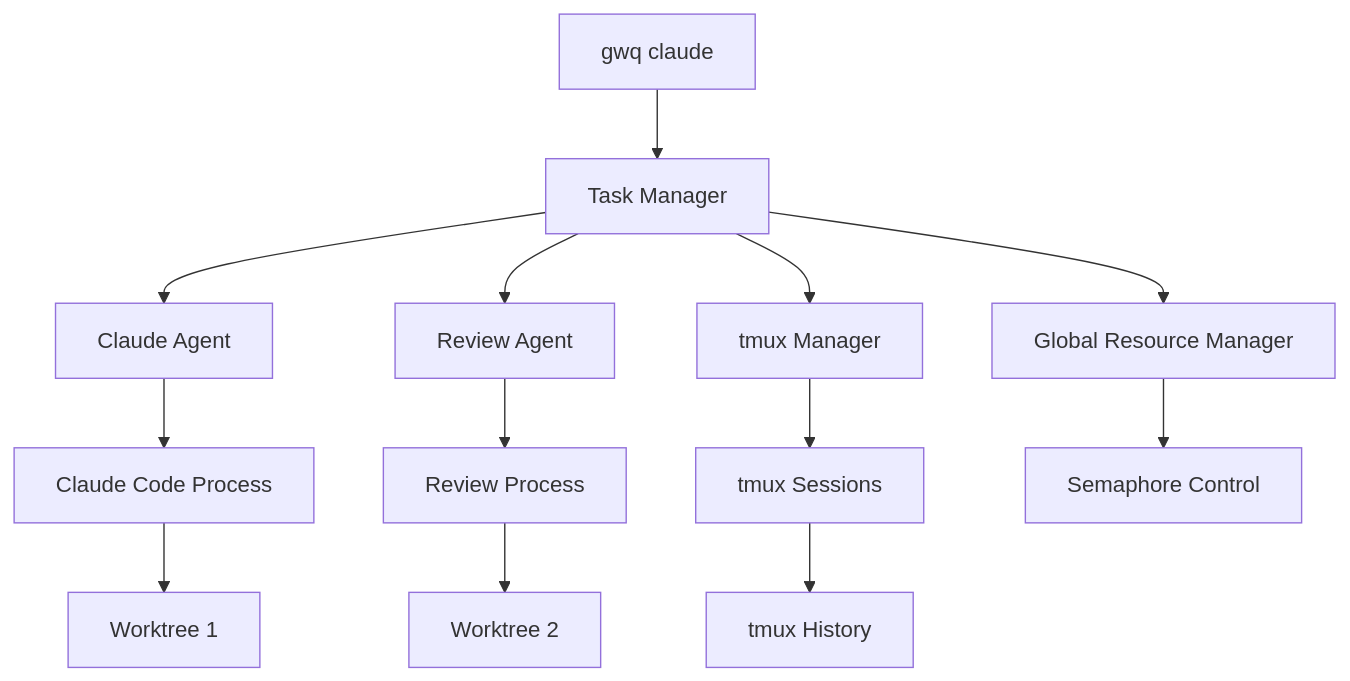
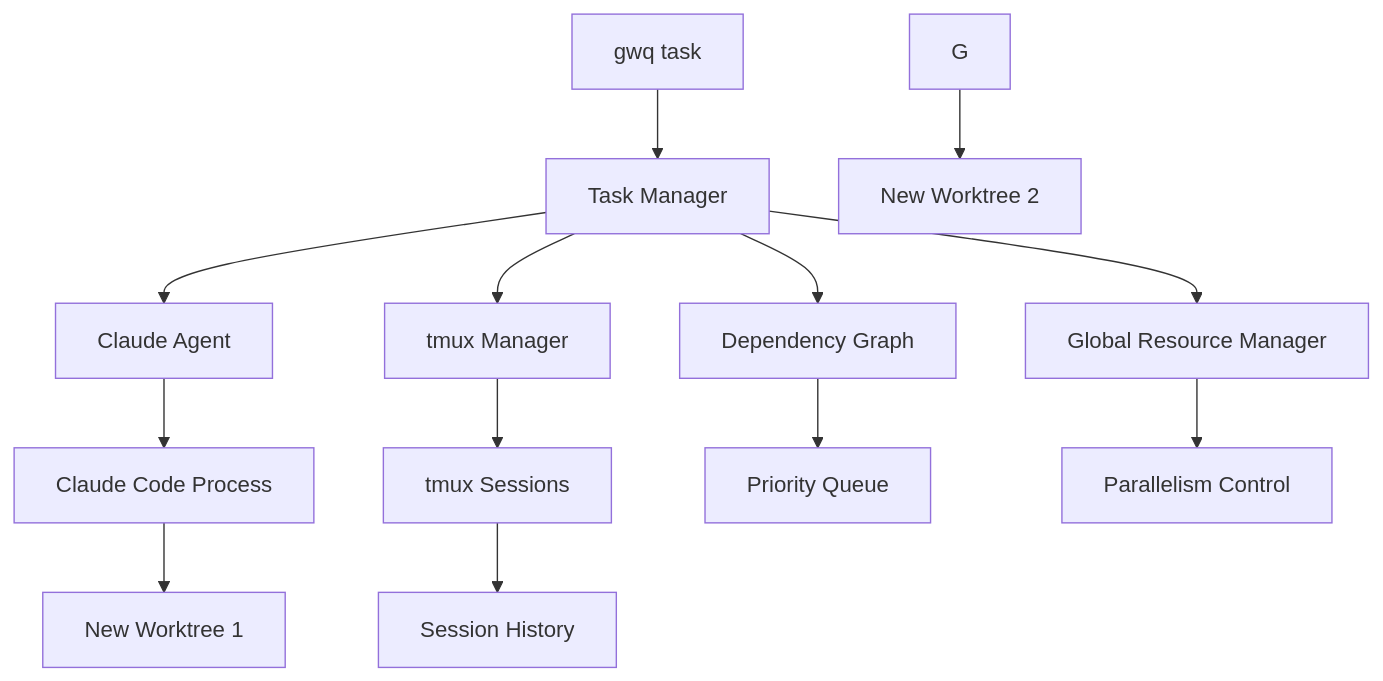
The first of 2 diagrams in docs/DESIGN_CLAUDE_TASK_QUEUE.md (d-kuro/wtree), drawn with Mermaid before and after one commit. The commit also changed other lines of this file and 42 other files, not shown here.

First line of the commit message:
feat: Implement complete Claude task queue system with comprehensive CLI (#12)

````diff
--- a/docs/DESIGN_CLAUDE_TASK_QUEUE.md
+++ b/docs/DESIGN_CLAUDE_TASK_QUEUE.md
@@ -47,18 +41,19 @@
 ```mermaid
 graph TD
-    A[gwq claude] --> B[Task Manager]
+    A[gwq task] --> B[Task Manager]
     B --> C[Claude Agent]
-    B --> D[Review Agent] 
     B --> E[tmux Manager]
     
     C --> F[Claude Code Process]
-    D --> G[Review Process]
     E --> H[tmux Sessions]
     
-    B --> I[Global Resource Manager]
-    I --> J[Semaphore Control]
+    B --> I[Dependency Graph]
+    I --> J[Priority Queue]
     
-    F --> K[Worktree 1]
-    G --> L[Worktree 2]
-    H --> M[tmux History]
+    B --> K[Global Resource Manager]
+    K --> L[Parallelism Control]
+    
+    F --> M[New Worktree 1]
+    G --> N[New Worktree 2]
+    H --> O[Session History]
 ```
````
